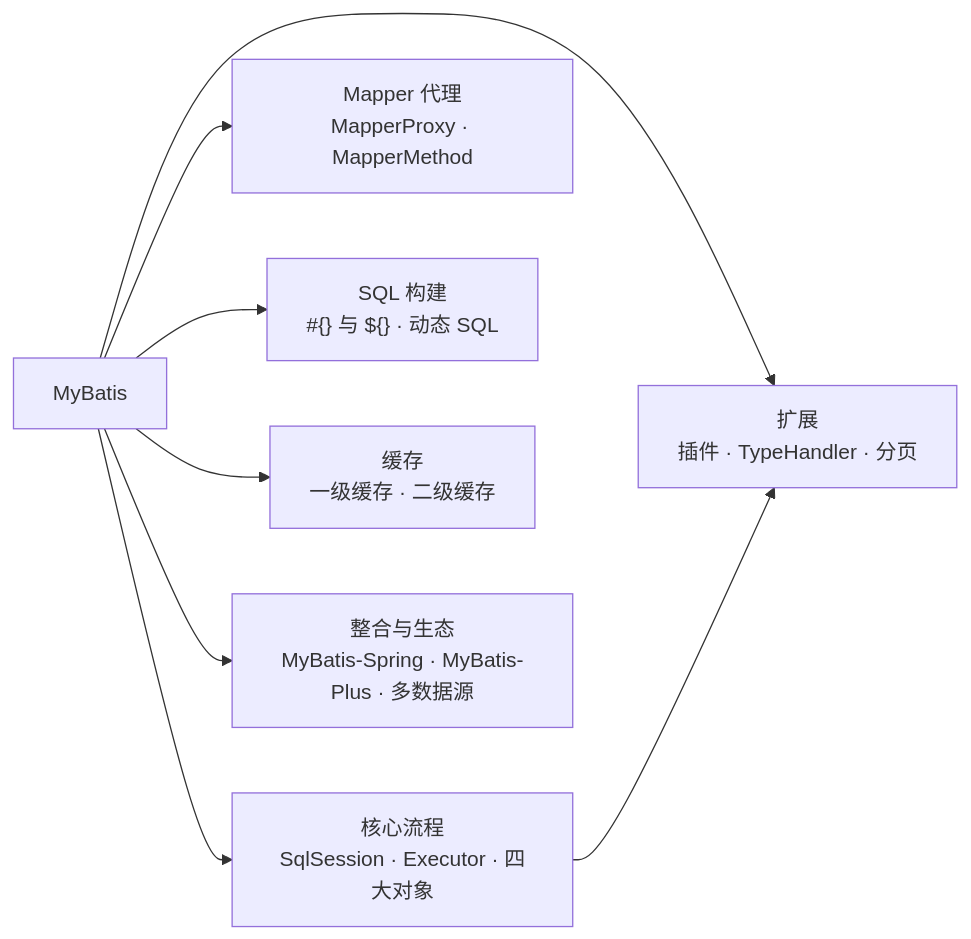
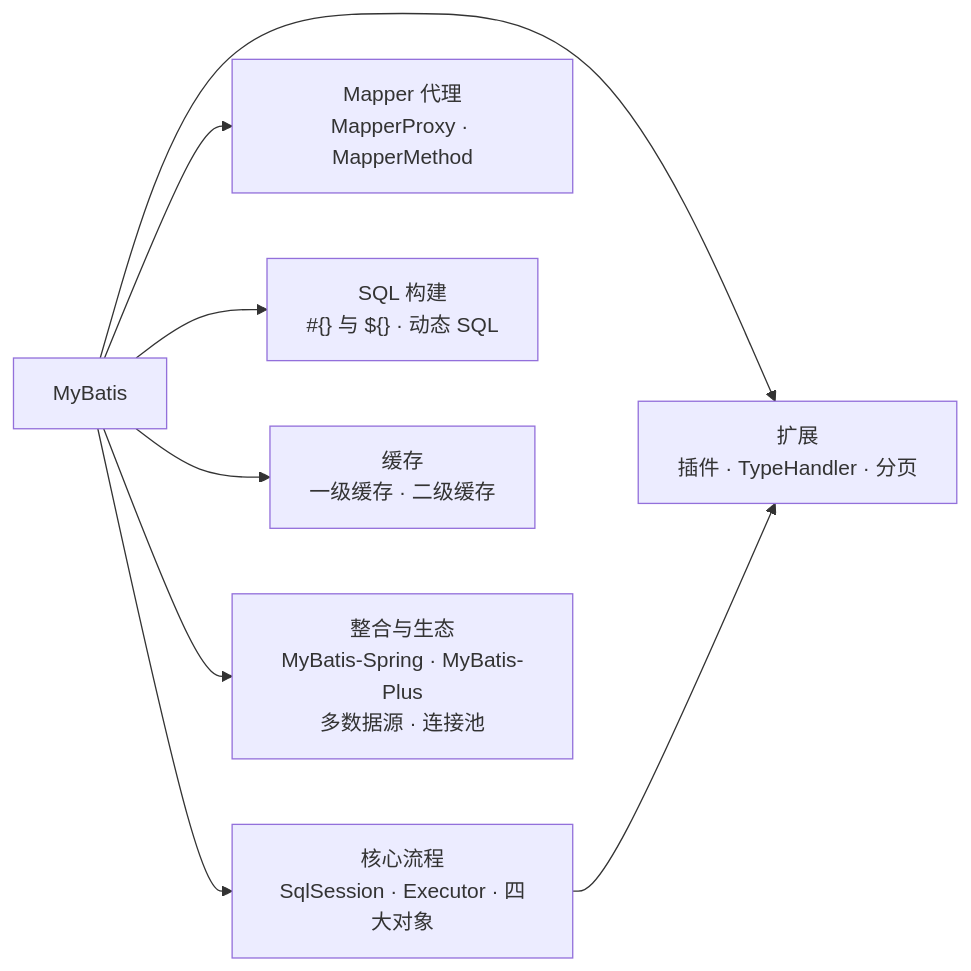
Before and after one commit to liulangjietou/interview: the first of 7 diagrams in 02-框架与容器/06-MyBatis.md, drawn with Mermaid. The commit also changed other lines of this file and 4 other files, not shown here.

````diff
--- a/02-框架与容器/06-MyBatis.md
+++ b/02-框架与容器/06-MyBatis.md
@@ -10,10 +10,10 @@
 ```mermaid
 flowchart LR
     ROOT["MyBatis"] --> CORE["核心流程<br/>SqlSession · Executor · 四大对象"]
     ROOT --> MAPPER["Mapper 代理<br/>MapperProxy · MapperMethod"]
     ROOT --> SQL["SQL 构建<br/>#{} 与 ${} · 动态 SQL"]
     ROOT --> CACHE["缓存<br/>一级缓存 · 二级缓存"]
     ROOT --> EXT["扩展<br/>插件 · TypeHandler · 分页"]
-    ROOT --> INT["整合与生态<br/>MyBatis-Spring · MyBatis-Plus · 多数据源"]
+    ROOT --> INT["整合与生态<br/>MyBatis-Spring · MyBatis-Plus<br/>多数据源 · 连接池"]
     CORE --> EXT
 ```
````
